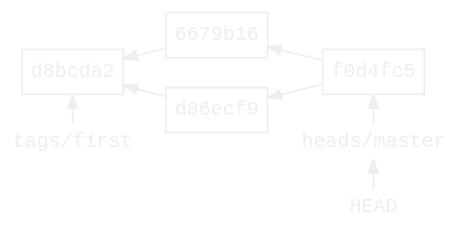
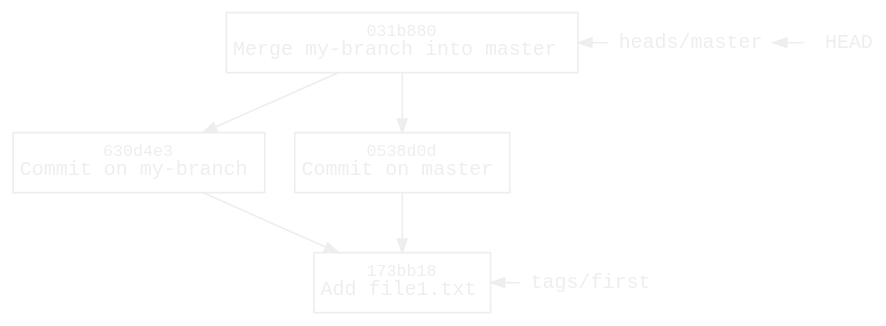
One commit to williamvds/website changed the diagram in content/blog/git/branch-delete.dot. Above: the diagram before and after it, drawn with Graphviz. The commit also changed 16 other files, not shown here.

```diff
--- a/content/blog/git/branch-delete.dot
+++ b/content/blog/git/branch-delete.dot
@@ -1,36 +1,35 @@
 digraph branch {
     bgcolor = transparent
     color = white
-    rankdir = RL
-    ranksep = 0.2
-    node [fontname=monospace, fontsize=12, fontcolor="#eeeeee",
-          margin="0.06,0.1", height=0, color="#eeeeee"]
-    edge [fontcolor="#eeeeee", color="#eeeeee", arrowsize=0.8]
 
-    node [shape=box, labeldistance=0.2]
-    "d8bcda2"
-    "6679b16"
-    "d86ecf9"
-    "f0d4fc5"
+    node [fontname=monospace fontsize=12 fontcolor="#eeeeee"
+          margin="0.06,0.1" height=0 color="#eeeeee"]
+    edge [fontcolor="#eeeeee" color="#eeeeee" arrowsize=0.8]
 
-    node [shape=none, margin=0.05, height=0]
+    node [shape=box labeldistance=0.2]
+    "173bb18" [label=<<font point-size="10">173bb18</font><br/>Add file1.txt>]
+    "630d4e3" [label=<<font point-size="10">630d4e3</font><br/>Commit on my-branch>]
+    "0538d0d" [label=<<font point-size="10">0538d0d</font><br/>Commit on master>]
+    "031b880" [label=<<font point-size="10">031b880</font><br/>Merge my-branch into master>]
+
+    node [shape=none margin=0.05 height=0]
     HEAD
     master [label="heads/master"]
     first [label="tags/first"]
 
-    "6679b16" -> "d8bcda2"
-    "d86ecf9" -> "d8bcda2"
-    "f0d4fc5" -> "6679b16"
-    "f0d4fc5" -> "d86ecf9"
+    "630d4e3" -> "173bb18"
+    "0538d0d" -> "173bb18" [weight=2]
+    "031b880" -> "630d4e3"
+    "031b880" -> "0538d0d" [weight=2]
 
     {
         rank = same
-        first -> "d8bcda2" [constraint=false]
+        first -> "173bb18" [constraint=false]
     }
 
     {
         rank = same
         HEAD -> master [constraint=false]
-        master -> "f0d4fc5" [constraint=false]
+        master -> "031b880" [constraint=false]
     }
 }
```
